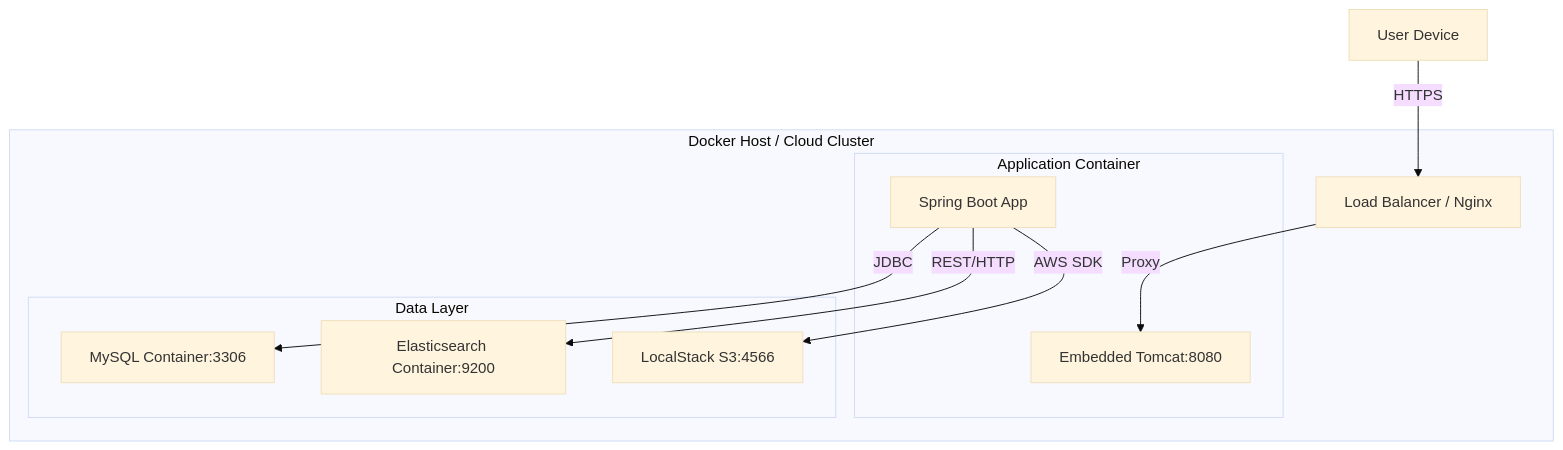
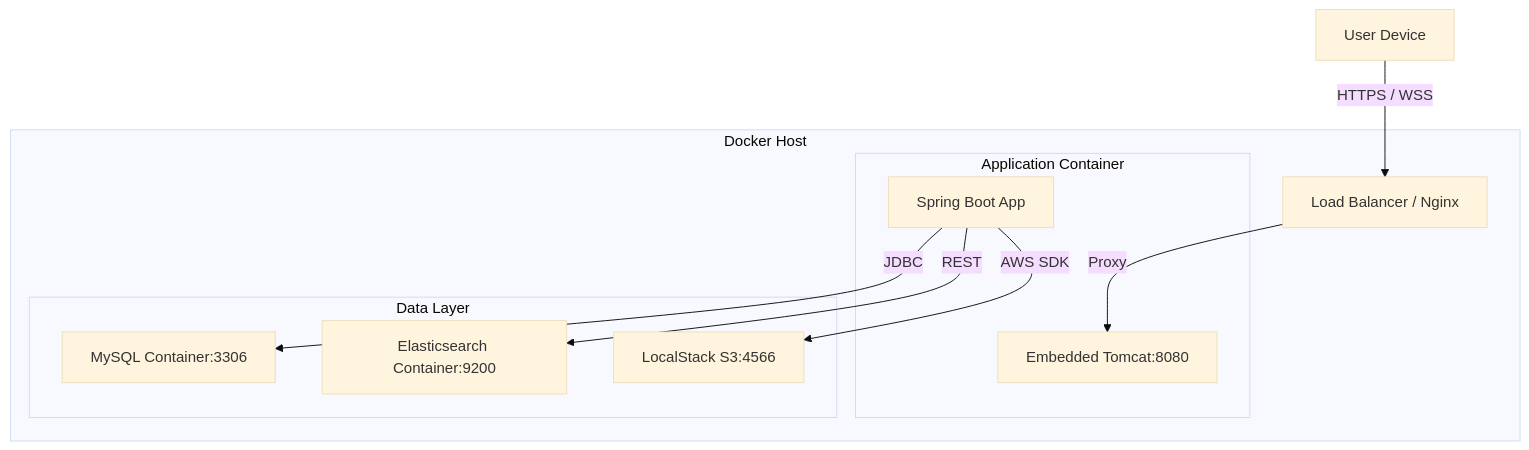
The fifth of 5 diagrams in docs/technical_documentation.md (Rebbouh-Mohamed/Marketplace-App), drawn with Mermaid (base theme) before and after one commit. The commit also changed other lines of this file and 8 other files, not shown here.

````diff
--- a/docs/technical_documentation.md
+++ b/docs/technical_documentation.md
@@ -189,25 +151,25 @@
 ```mermaid
 graph TD
     UserClient[User Device]
     
-    subgraph "Docker Host / Cloud Cluster"
+    subgraph "Docker Host"
         LB[Load Balancer / Nginx]
         
         subgraph "Application Container"
             SpringBoot[Spring Boot App]
             Tomcat[Embedded Tomcat:8080]
         end
         
         subgraph "Data Layer"
             MySQL_C[MySQL Container:3306]
             ES_C[Elasticsearch Container:9200]
             LocalStack[LocalStack S3:4566]
         end
     end
     
-    UserClient -->|HTTPS| LB
+    UserClient -->|HTTPS / WSS| LB
     LB -->|Proxy| Tomcat
     SpringBoot -->|JDBC| MySQL_C
-    SpringBoot -->|REST/HTTP| ES_C
+    SpringBoot -->|REST| ES_C
     SpringBoot -->|AWS SDK| LocalStack
 ```
````
